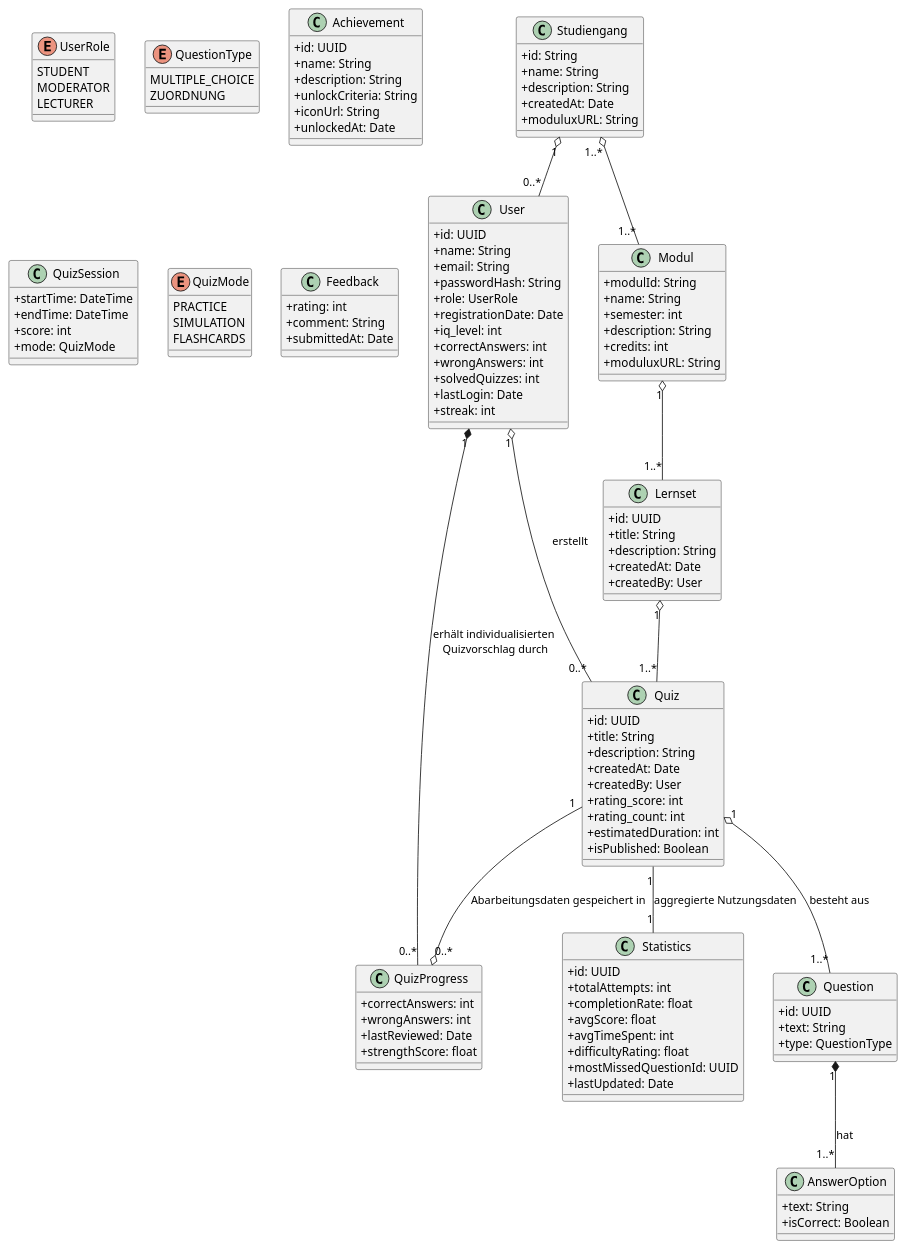
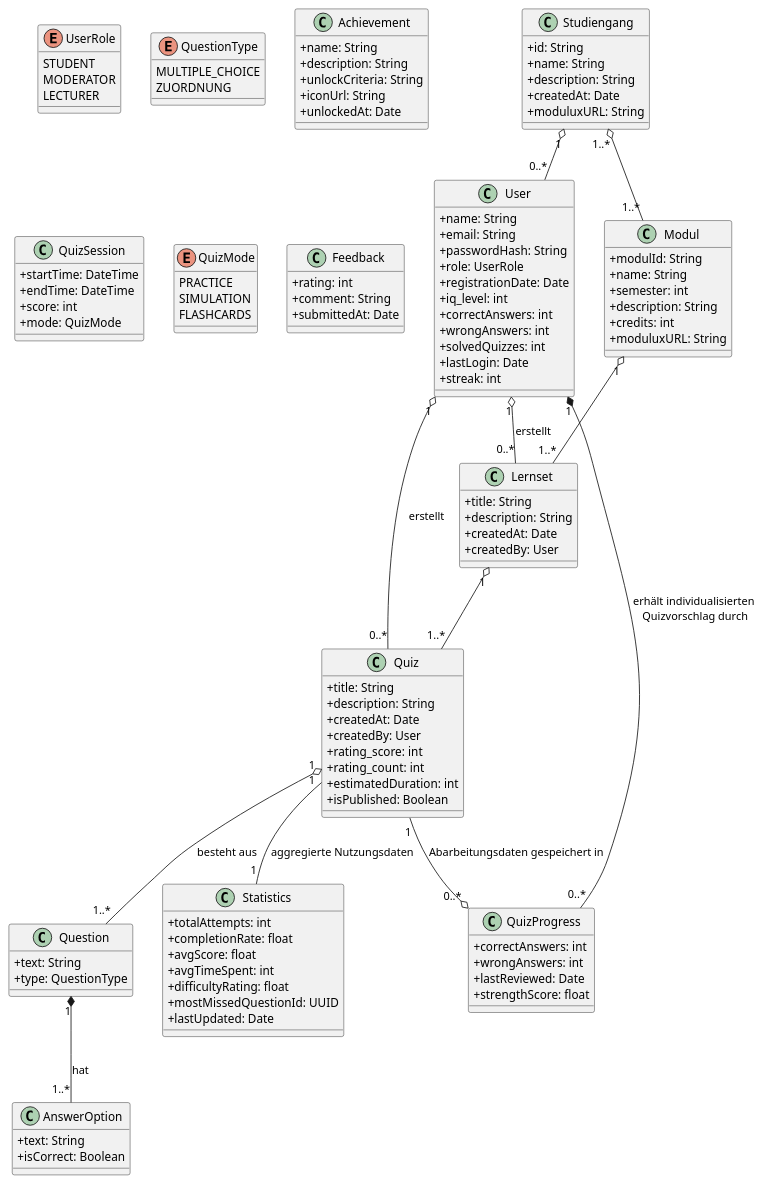
The diagram in docs/requirements/images/dommodell.puml (Gorg-tech/StudIQ), drawn with PlantUML before and after one commit.

Commit message:
dommodell korrigiert

```diff
--- a/docs/requirements/images/dommodell.puml
+++ b/docs/requirements/images/dommodell.puml
@@ -1,154 +1,149 @@
 @startuml
 skinparam classAttributeIconSize 0
 
 ' ----------------------------
 '      Entitäten / Klassen
 ' ----------------------------
 
 class User {
-  +id: UUID
   +name: String
   +email: String
   +passwordHash: String
   +role: UserRole
   +registrationDate: Date
   +iq_level: int
   +correctAnswers: int
   +wrongAnswers: int
   +solvedQuizzes: int 
   +lastLogin: Date
   'zusätzliche Speicherung der solvedQuizzes, 
   'da bei Referenz auf Quiz nach Löschen dieses Probleme entstehen
   +streak: int
 }
 
 enum UserRole {
   STUDENT
   MODERATOR
   LECTURER
 }
 
 class Modul {
   +modulId: String
   +name: String
   +semester: int
   +description: String
   +credits: int
   +moduluxURL: String
 }
 
 class Lernset {
-  +id: UUID
   +title: String
   +description: String
   +createdAt: Date
   +createdBy: User
 }
 
 class Quiz {
-  +id: UUID
   +title: String
   +description: String
   +createdAt: Date
   +createdBy: User
   +rating_score: int
   +rating_count: int
   +estimatedDuration: int
   +isPublished: Boolean
 }
 
 class Statistics {
-  +id: UUID
   +totalAttempts: int
   +completionRate: float
   +avgScore: float
   +avgTimeSpent: int
   +difficultyRating: float
   +mostMissedQuestionId: UUID
   +lastUpdated: Date
 }
 
 class Question {
-  +id: UUID
   +text: String
   +type: QuestionType
 }
 
 enum QuestionType {
   MULTIPLE_CHOICE
   'FREITEXT
   ZUORDNUNG
 }
 
 class AnswerOption {
   +text: String
   +isCorrect: Boolean
 }
 
 class QuizProgress {
   +correctAnswers: int
   +wrongAnswers: int
   +lastReviewed: Date
   +strengthScore: float
 }
 
 class Achievement {
-  +id: UUID
   +name: String
   +description: String
   +unlockCriteria: String
   +iconUrl: String
   +unlockedAt: Date
 }
 
 class QuizSession {
   +startTime: DateTime
   +endTime: DateTime
   +score: int
   +mode: QuizMode
 }
 
 enum QuizMode {
   PRACTICE
   SIMULATION
   FLASHCARDS
 }
 
 class Feedback {
   +rating: int
   +comment: String
   +submittedAt: Date
 }
 
 class Studiengang {
   +id: String
   +name: String
   +description: String
   +createdAt: Date
   +moduluxURL: String
 }
 
 
 ' ----------------------------
 '      Beziehungen
 ' ----------------------------
 User "1" *-- "0..*" QuizProgress : erhält individualisierten\n Quizvorschlag durch
 'User "1" *-- "0..*" QuizSession
 'User "1" o-- "0..*" Feedback
 'User "1" o-- "0..*" Achievement : erhält
 User "1" o-- "0..*" Quiz : erstellt
+User "1" o-- "0..*" Lernset : erstellt
 Studiengang "1" o-- "0..*" User
 
 'User "1" -- "0..*" StudyGroup : istMitglied
 'StudyGroup "1" -- "0..*" QuizSession : gemeinsameQuizze
 
 Modul "1" o-- "1..*" Lernset
 Lernset "1" o-- "1..*" Quiz
 Quiz "1" o-- "1..*" Question : besteht aus
 Question "1" *-- "1..*" AnswerOption : hat
 'Quiz "1" *-- "0..*" Feedback
 Quiz "1" --o "0..*" QuizProgress : Abarbeitungsdaten gespeichert in
 Quiz "1" -- "1" Statistics : aggregierte Nutzungsdaten
 'Quiz "0..*" -- "1" LearningHistory : Referenz auf 
 Studiengang "1..*" o-- "1..*" Modul 
 @enduml
```
